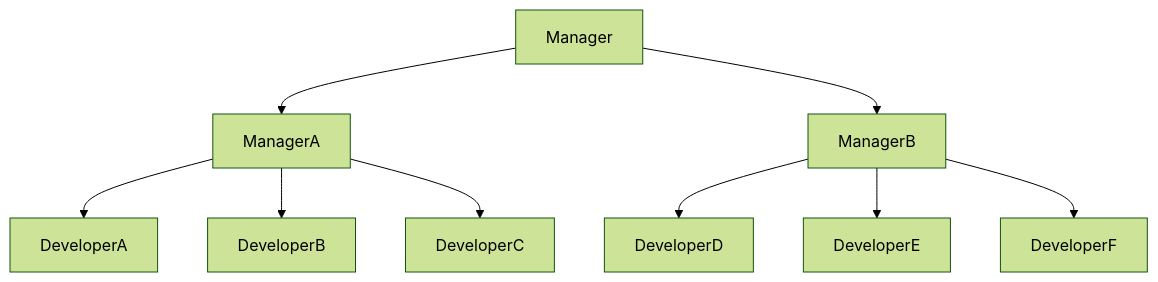
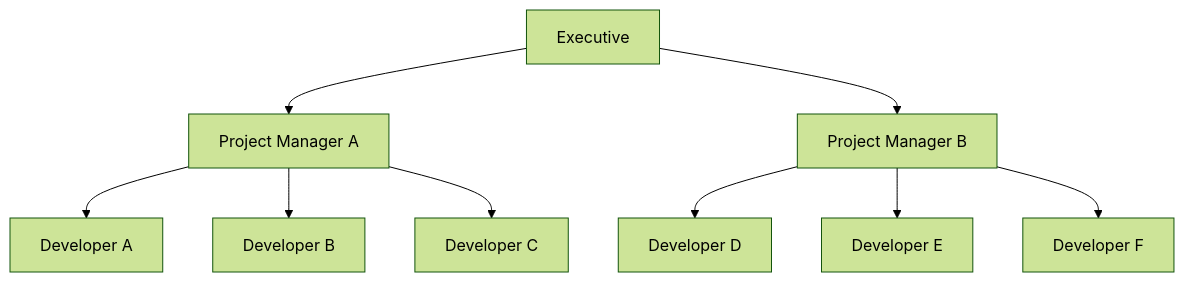
Before and after one commit to qlawmarq/qlawmarq.net-contents: the second of 4 diagrams in blogs/en/ai-code-generation-software-developer-transformation-2025.md, drawn with Mermaid (forest theme). The commit also changed other lines of this file, not shown here.

````diff
--- a/blogs/en/ai-code-generation-software-developer-transformation-2025.md
+++ b/blogs/en/ai-code-generation-software-developer-transformation-2025.md
@@ -87,11 +87,11 @@
 ```mermaid
 graph TD;
-    Manager-->ManagerA;
-    Manager-->ManagerB;
-    ManagerA-->DeveloperA;
-    ManagerA-->DeveloperB;
-    ManagerA-->DeveloperC;
-    ManagerB-->DeveloperD;
-    ManagerB-->DeveloperE;
-    ManagerB-->DeveloperF;
+    Executive-->ProjectManagerA[Project Manager A];
+    Executive-->ProjectManagerB[Project Manager B];
+    ProjectManagerA-->DeveloperA[Developer A];
+    ProjectManagerA-->DeveloperB[Developer B];
+    ProjectManagerA-->DeveloperC[Developer C];
+    ProjectManagerB-->DeveloperD[Developer D];
+    ProjectManagerB-->DeveloperE[Developer E];
+    ProjectManagerB-->DeveloperF[Developer F];
 ```
````
